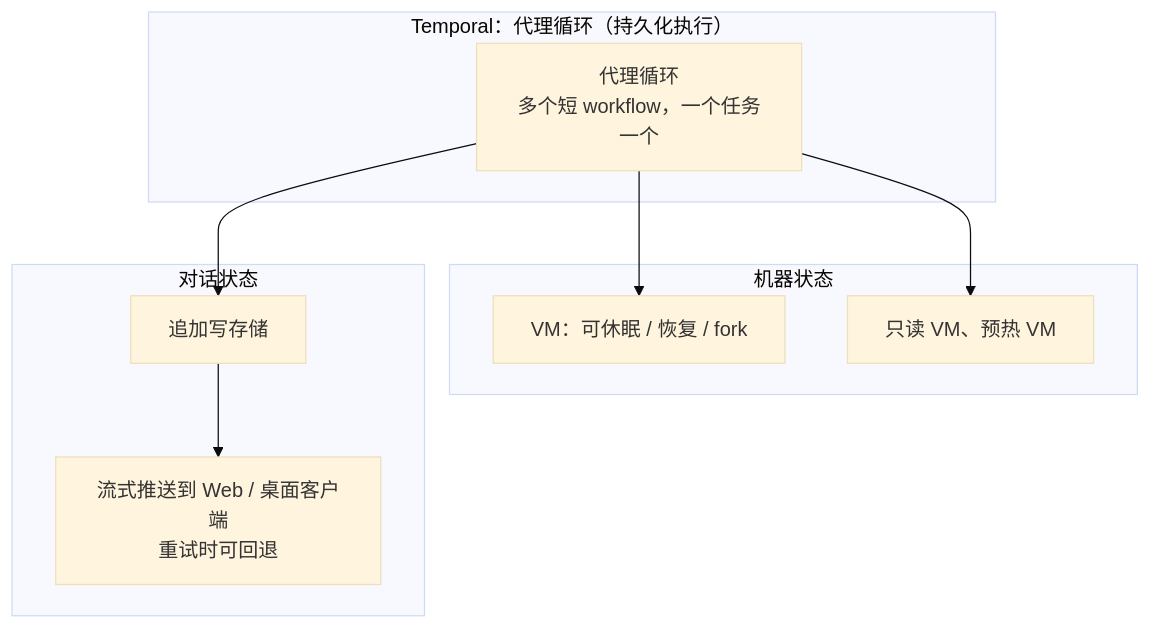
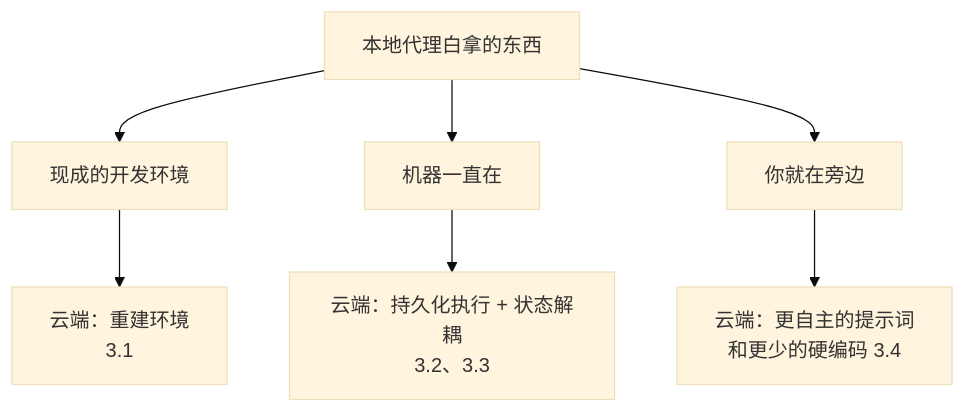
The diagram in docs/40-cursor-cloud-agent-lessons.md (yzw7489757/ai-coding-videos), drawn with Mermaid (base theme) before and after one commit. The commit also changed other lines of this file and 6 other files, not shown here.

````diff
--- a/docs/40-cursor-cloud-agent-lessons.md
+++ b/docs/40-cursor-cloud-agent-lessons.md
@@ -45,16 +61,9 @@
 ```mermaid
 flowchart TB
-    subgraph T["Temporal：代理循环（持久化执行）"]
-        L["代理循环<br/>多个短 workflow，一个任务一个"]
-    end
-    subgraph M["机器状态"]
-        V1["VM：可休眠 / 恢复 / fork"]
-        V2["只读 VM、预热 VM"]
-    end
-    subgraph C["对话状态"]
-        S["追加写存储"] --> ST["流式推送到 Web / 桌面客户端<br/>重试时可回退"]
-    end
-    L --> V1
-    L --> V2
-    L --> S
+  A["本地代理白拿的东西"] --> B["现成的开发环境"]
+  A --> C["机器一直在"]
+  A --> D["你就在旁边"]
+  B --> B2["云端：重建环境<br/>3.1"]
+  C --> C2["云端：持久化执行 + 状态解耦<br/>3.2、3.3"]
+  D --> D2["云端：更自主的提示词<br/>和更少的硬编码 3.4"]
 ```
````
